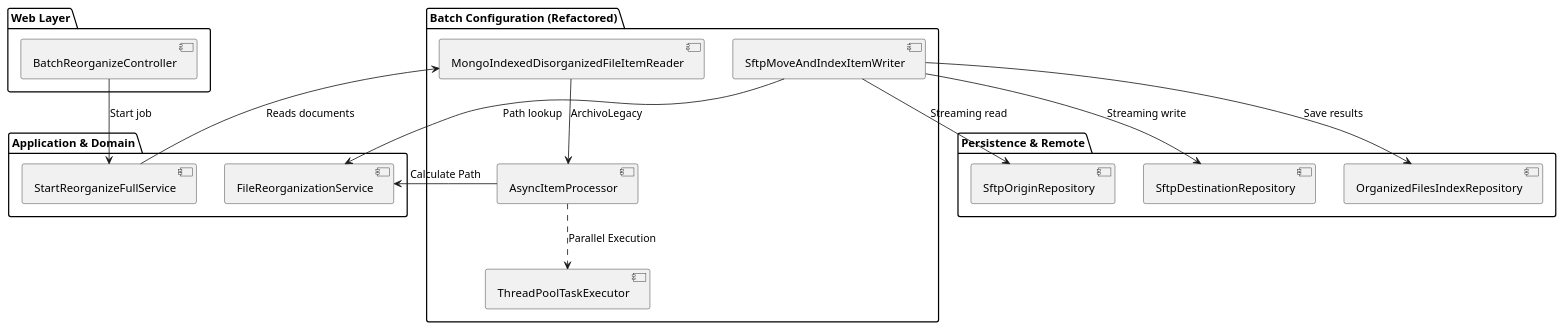
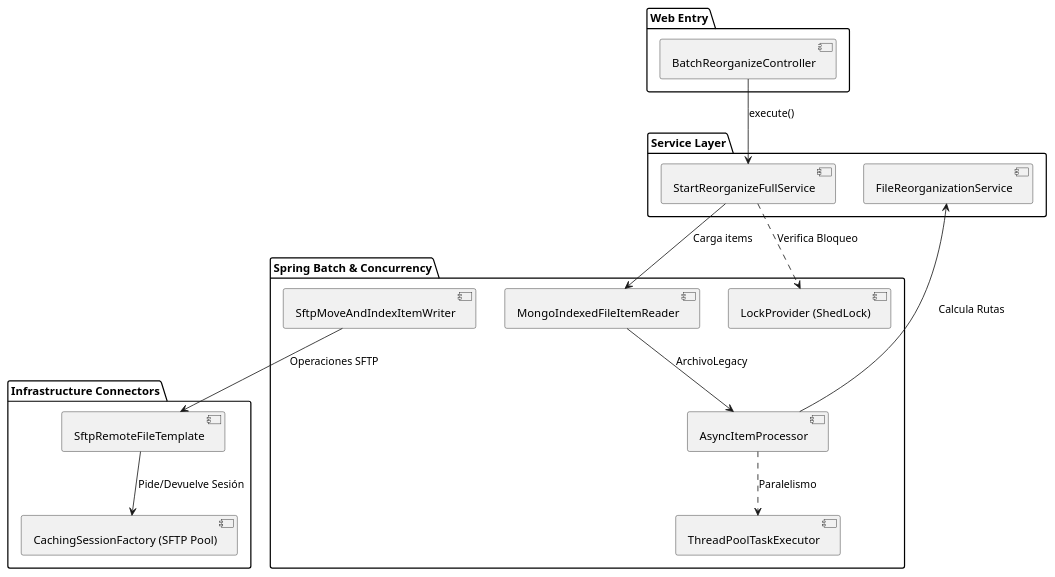
Before and after one commit to hahuaranga/dvsmart_reorganization_api: the diagram in diagrama_componentes.puml, drawn with PlantUML. The commit also changed 5 other files, not shown here.

Commit message:
Se agrega tolerancia a fallos para batch, diagramas y cierre de sesion en fallo Signed-off-by: hecto <hecto@Hector_Huaranga.mshome.net>

```diff
--- a/diagrama_componentes.puml
+++ b/diagrama_componentes.puml
@@ -1,35 +1,32 @@
 @startuml
-package "Web Layer" {
-    [BatchReorganizeController] as Controller
+package "Web Entry" {
+    [BatchReorganizeController] as Web
 }
 
-package "Batch Configuration (Refactored)" {
-    [MongoIndexedDisorganizedFileItemReader] as Reader
+package "Spring Batch & Concurrency" {
+    [LockProvider (ShedLock)] as Lock
+    [MongoIndexedFileItemReader] as Reader
     [AsyncItemProcessor] as Processor
     [SftpMoveAndIndexItemWriter] as Writer
     [ThreadPoolTaskExecutor] as TaskExec
 }
 
-package "Application & Domain" {
-    [StartReorganizeFullService] as AppService
-    [FileReorganizationService] as DomainService
+package "Service Layer" {
+    [StartReorganizeFullService] as AppSvc
+    [FileReorganizationService] as DomainSvc
 }
 
-package "Persistence & Remote" {
-    [SftpOriginRepository] as OrigRepo
-    [SftpDestinationRepository] as DestRepo
-    [OrganizedFilesIndexRepository] as AuditRepo
+package "Infrastructure Connectors" {
+    [CachingSessionFactory (SFTP Pool)] as Pool
+    [SftpRemoteFileTemplate] as Template
 }
 
-' Flujo
-Controller --> AppService : "Start job"
-AppService --> Reader : "Reads documents"
+Web --> AppSvc : "execute()"
+AppSvc ..> Lock : "Verifica Bloqueo"
+AppSvc --> Reader : "Carga items"
 Reader --> Processor : "ArchivoLegacy"
-Processor --> DomainService : "Calculate Path"
-Processor ..> TaskExec : "Parallel Execution"
-Writer --> DomainService : "Path lookup"
-Writer --> OrigRepo : "Streaming read"
-Writer --> DestRepo : "Streaming write"
-Writer --> AuditRepo : "Save results"
-
+Processor --> DomainSvc : "Calcula Rutas"
+Processor ..> TaskExec : "Paralelismo"
+Writer --> Template : "Operaciones SFTP"
+Template --> Pool : "Pide/Devuelve Sesión"
 @enduml
```
